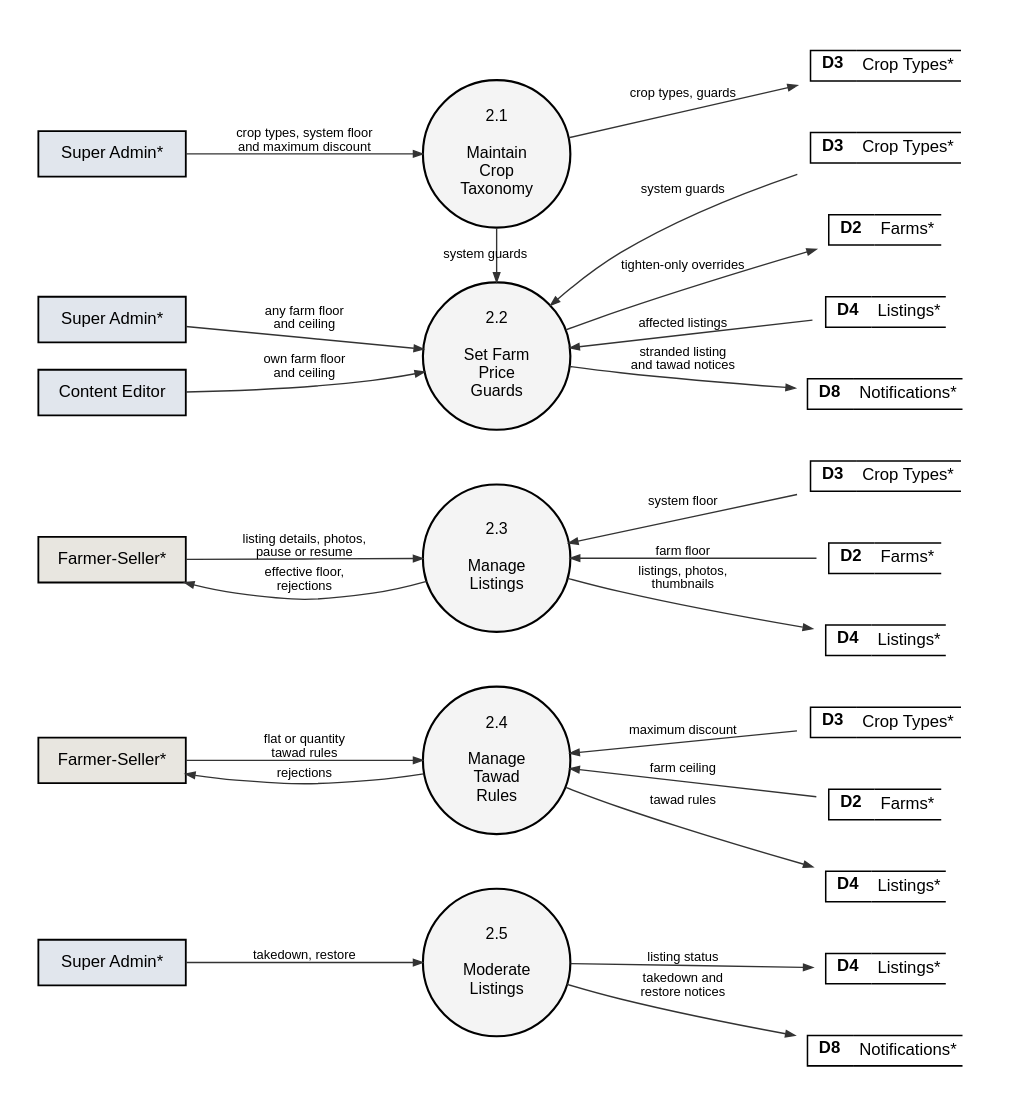
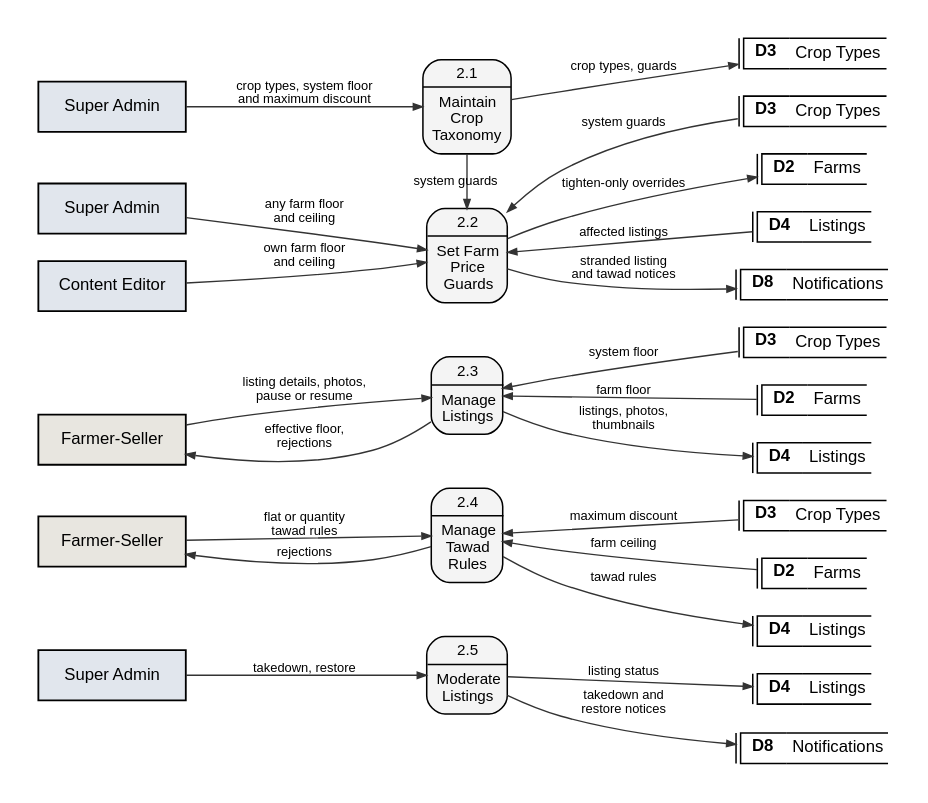
One commit to shawncastaneda11-commits/anihow-backend changed the diagram in docs/manuscript/figures/src/fig6_2_2_dfd_level2.dot. Above: the diagram before and after it, drawn with Graphviz. The commit also changed 39 other files, not shown here.

```diff
--- a/docs/manuscript/figures/src/fig6_2_2_dfd_level2.dot
+++ b/docs/manuscript/figures/src/fig6_2_2_dfd_level2.dot
@@ -1,59 +1,59 @@
 // Data flow diagram, level 2, process 2.0 Manage Catalog and Pricing.
 digraph G {
   graph [rankdir=LR, nodesep=0.25, ranksep=0.9, pad=0.25, fontname="Liberation Sans", newrank=true];
   node  [fontname="Liberation Sans", fontsize=11];
   edge  [penwidth=0.9, arrowsize=0.6, color="#333333", fontname="Liberation Sans", fontsize=8.5];
-  q2a [shape=circle, style=filled, fillcolor="#F4F4F4", penwidth=1.4, fixedsize=true, width=1.35, fontsize=10.5, label="2.1\n\nMaintain\nCrop\nTaxonomy"];
-  sa_q2a [shape=box, style=filled, fillcolor="#E1E6ED", penwidth=1.2, width=1.35, height=0.42, label="Super Admin*"];
-  D3_q2a [shape=plaintext, label=<<TABLE BORDER="0" CELLBORDER="1" CELLSPACING="0" CELLPADDING="3"><TR><TD SIDES="TBL" WIDTH="30"><B>D3</B></TD><TD SIDES="TB" ALIGN="LEFT">Crop Types*</TD></TR></TABLE>>];
-  q2b [shape=circle, style=filled, fillcolor="#F4F4F4", penwidth=1.4, fixedsize=true, width=1.35, fontsize=10.5, label="2.2\n\nSet Farm\nPrice\nGuards"];
-  sa_q2b [shape=box, style=filled, fillcolor="#E1E6ED", penwidth=1.2, width=1.35, height=0.42, label="Super Admin*"];
-  D3_q2b [shape=plaintext, label=<<TABLE BORDER="0" CELLBORDER="1" CELLSPACING="0" CELLPADDING="3"><TR><TD SIDES="TBL" WIDTH="30"><B>D3</B></TD><TD SIDES="TB" ALIGN="LEFT">Crop Types*</TD></TR></TABLE>>];
-  ce_q2b [shape=box, style=filled, fillcolor="#E1E6ED", penwidth=1.2, width=1.35, height=0.42, label="Content Editor"];
-  D2_q2b [shape=plaintext, label=<<TABLE BORDER="0" CELLBORDER="1" CELLSPACING="0" CELLPADDING="3"><TR><TD SIDES="TBL" WIDTH="30"><B>D2</B></TD><TD SIDES="TB" ALIGN="LEFT">Farms*</TD></TR></TABLE>>];
-  D4_q2b [shape=plaintext, label=<<TABLE BORDER="0" CELLBORDER="1" CELLSPACING="0" CELLPADDING="3"><TR><TD SIDES="TBL" WIDTH="30"><B>D4</B></TD><TD SIDES="TB" ALIGN="LEFT">Listings*</TD></TR></TABLE>>];
-  D8_q2b [shape=plaintext, label=<<TABLE BORDER="0" CELLBORDER="1" CELLSPACING="0" CELLPADDING="3"><TR><TD SIDES="TBL" WIDTH="30"><B>D8</B></TD><TD SIDES="TB" ALIGN="LEFT">Notifications*</TD></TR></TABLE>>];
-  q2c [shape=circle, style=filled, fillcolor="#F4F4F4", penwidth=1.4, fixedsize=true, width=1.35, fontsize=10.5, label="2.3\n\nManage\nListings"];
-  D3_q2c [shape=plaintext, label=<<TABLE BORDER="0" CELLBORDER="1" CELLSPACING="0" CELLPADDING="3"><TR><TD SIDES="TBL" WIDTH="30"><B>D3</B></TD><TD SIDES="TB" ALIGN="LEFT">Crop Types*</TD></TR></TABLE>>];
-  D2_q2c [shape=plaintext, label=<<TABLE BORDER="0" CELLBORDER="1" CELLSPACING="0" CELLPADDING="3"><TR><TD SIDES="TBL" WIDTH="30"><B>D2</B></TD><TD SIDES="TB" ALIGN="LEFT">Farms*</TD></TR></TABLE>>];
-  D4_q2c [shape=plaintext, label=<<TABLE BORDER="0" CELLBORDER="1" CELLSPACING="0" CELLPADDING="3"><TR><TD SIDES="TBL" WIDTH="30"><B>D4</B></TD><TD SIDES="TB" ALIGN="LEFT">Listings*</TD></TR></TABLE>>];
-  fs_q2c [shape=box, style=filled, fillcolor="#E8E6E0", penwidth=1.2, width=1.35, height=0.42, label="Farmer-Seller*"];
-  q2d [shape=circle, style=filled, fillcolor="#F4F4F4", penwidth=1.4, fixedsize=true, width=1.35, fontsize=10.5, label="2.4\n\nManage\nTawad\nRules"];
-  D3_q2d [shape=plaintext, label=<<TABLE BORDER="0" CELLBORDER="1" CELLSPACING="0" CELLPADDING="3"><TR><TD SIDES="TBL" WIDTH="30"><B>D3</B></TD><TD SIDES="TB" ALIGN="LEFT">Crop Types*</TD></TR></TABLE>>];
-  D2_q2d [shape=plaintext, label=<<TABLE BORDER="0" CELLBORDER="1" CELLSPACING="0" CELLPADDING="3"><TR><TD SIDES="TBL" WIDTH="30"><B>D2</B></TD><TD SIDES="TB" ALIGN="LEFT">Farms*</TD></TR></TABLE>>];
-  D4_q2d [shape=plaintext, label=<<TABLE BORDER="0" CELLBORDER="1" CELLSPACING="0" CELLPADDING="3"><TR><TD SIDES="TBL" WIDTH="30"><B>D4</B></TD><TD SIDES="TB" ALIGN="LEFT">Listings*</TD></TR></TABLE>>];
-  fs_q2d [shape=box, style=filled, fillcolor="#E8E6E0", penwidth=1.2, width=1.35, height=0.42, label="Farmer-Seller*"];
-  q2e [shape=circle, style=filled, fillcolor="#F4F4F4", penwidth=1.4, fixedsize=true, width=1.35, fontsize=10.5, label="2.5\n\nModerate\nListings"];
-  sa_q2e [shape=box, style=filled, fillcolor="#E1E6ED", penwidth=1.2, width=1.35, height=0.42, label="Super Admin*"];
-  D4_q2e [shape=plaintext, label=<<TABLE BORDER="0" CELLBORDER="1" CELLSPACING="0" CELLPADDING="3"><TR><TD SIDES="TBL" WIDTH="30"><B>D4</B></TD><TD SIDES="TB" ALIGN="LEFT">Listings*</TD></TR></TABLE>>];
-  D8_q2e [shape=plaintext, label=<<TABLE BORDER="0" CELLBORDER="1" CELLSPACING="0" CELLPADDING="3"><TR><TD SIDES="TBL" WIDTH="30"><B>D8</B></TD><TD SIDES="TB" ALIGN="LEFT">Notifications*</TD></TR></TABLE>>];
+  q2a [shape=plaintext, margin=0, width=0, height=0, label=<<TABLE STYLE="ROUNDED" BORDER="1" CELLBORDER="0" CELLSPACING="0" CELLPADDING="3" BGCOLOR="#F4F4F4"><TR><TD><FONT POINT-SIZE="10.5">2.1</FONT></TD></TR><HR/><TR><TD CELLPADDING="5"><FONT POINT-SIZE="10.5">Maintain<BR/>Crop<BR/>Taxonomy</FONT></TD></TR></TABLE>>];
+  sa_q2a [shape=box, style=filled, fillcolor="#E1E6ED", penwidth=1.2, width=1.35, height=0.46, label="Super Admin", comment="gsdup"];
+  D3_q2a [shape=plaintext, margin=0, width=0, height=0, label=<<TABLE BORDER="0" CELLBORDER="1" CELLSPACING="0" CELLPADDING="3"><TR><TD SIDES="L" WIDTH="3" CELLPADDING="0"></TD><TD SIDES="TBL" WIDTH="30"><B>D3</B></TD><TD SIDES="TB" ALIGN="LEFT">Crop Types</TD></TR></TABLE>>];
+  q2b [shape=plaintext, margin=0, width=0, height=0, label=<<TABLE STYLE="ROUNDED" BORDER="1" CELLBORDER="0" CELLSPACING="0" CELLPADDING="3" BGCOLOR="#F4F4F4"><TR><TD><FONT POINT-SIZE="10.5">2.2</FONT></TD></TR><HR/><TR><TD CELLPADDING="5"><FONT POINT-SIZE="10.5">Set Farm<BR/>Price<BR/>Guards</FONT></TD></TR></TABLE>>];
+  sa_q2b [shape=box, style=filled, fillcolor="#E1E6ED", penwidth=1.2, width=1.35, height=0.46, label="Super Admin", comment="gsdup"];
+  D3_q2b [shape=plaintext, margin=0, width=0, height=0, label=<<TABLE BORDER="0" CELLBORDER="1" CELLSPACING="0" CELLPADDING="3"><TR><TD SIDES="L" WIDTH="3" CELLPADDING="0"></TD><TD SIDES="TBL" WIDTH="30"><B>D3</B></TD><TD SIDES="TB" ALIGN="LEFT">Crop Types</TD></TR></TABLE>>];
+  ce_q2b [shape=box, style=filled, fillcolor="#E1E6ED", penwidth=1.2, width=1.35, height=0.46, label="Content Editor"];
+  D2_q2b [shape=plaintext, margin=0, width=0, height=0, label=<<TABLE BORDER="0" CELLBORDER="1" CELLSPACING="0" CELLPADDING="3"><TR><TD SIDES="L" WIDTH="3" CELLPADDING="0"></TD><TD SIDES="TBL" WIDTH="30"><B>D2</B></TD><TD SIDES="TB" ALIGN="LEFT">Farms</TD></TR></TABLE>>];
+  D4_q2b [shape=plaintext, margin=0, width=0, height=0, label=<<TABLE BORDER="0" CELLBORDER="1" CELLSPACING="0" CELLPADDING="3"><TR><TD SIDES="L" WIDTH="3" CELLPADDING="0"></TD><TD SIDES="TBL" WIDTH="30"><B>D4</B></TD><TD SIDES="TB" ALIGN="LEFT">Listings</TD></TR></TABLE>>];
+  D8_q2b [shape=plaintext, margin=0, width=0, height=0, label=<<TABLE BORDER="0" CELLBORDER="1" CELLSPACING="0" CELLPADDING="3"><TR><TD SIDES="L" WIDTH="3" CELLPADDING="0"></TD><TD SIDES="TBL" WIDTH="30"><B>D8</B></TD><TD SIDES="TB" ALIGN="LEFT">Notifications</TD></TR></TABLE>>];
+  q2c [shape=plaintext, margin=0, width=0, height=0, label=<<TABLE STYLE="ROUNDED" BORDER="1" CELLBORDER="0" CELLSPACING="0" CELLPADDING="3" BGCOLOR="#F4F4F4"><TR><TD><FONT POINT-SIZE="10.5">2.3</FONT></TD></TR><HR/><TR><TD CELLPADDING="5"><FONT POINT-SIZE="10.5">Manage<BR/>Listings</FONT></TD></TR></TABLE>>];
+  D3_q2c [shape=plaintext, margin=0, width=0, height=0, label=<<TABLE BORDER="0" CELLBORDER="1" CELLSPACING="0" CELLPADDING="3"><TR><TD SIDES="L" WIDTH="3" CELLPADDING="0"></TD><TD SIDES="TBL" WIDTH="30"><B>D3</B></TD><TD SIDES="TB" ALIGN="LEFT">Crop Types</TD></TR></TABLE>>];
+  D2_q2c [shape=plaintext, margin=0, width=0, height=0, label=<<TABLE BORDER="0" CELLBORDER="1" CELLSPACING="0" CELLPADDING="3"><TR><TD SIDES="L" WIDTH="3" CELLPADDING="0"></TD><TD SIDES="TBL" WIDTH="30"><B>D2</B></TD><TD SIDES="TB" ALIGN="LEFT">Farms</TD></TR></TABLE>>];
+  D4_q2c [shape=plaintext, margin=0, width=0, height=0, label=<<TABLE BORDER="0" CELLBORDER="1" CELLSPACING="0" CELLPADDING="3"><TR><TD SIDES="L" WIDTH="3" CELLPADDING="0"></TD><TD SIDES="TBL" WIDTH="30"><B>D4</B></TD><TD SIDES="TB" ALIGN="LEFT">Listings</TD></TR></TABLE>>];
+  fs_q2c [shape=box, style=filled, fillcolor="#E8E6E0", penwidth=1.2, width=1.35, height=0.46, label="Farmer-Seller", comment="gsdup"];
+  q2d [shape=plaintext, margin=0, width=0, height=0, label=<<TABLE STYLE="ROUNDED" BORDER="1" CELLBORDER="0" CELLSPACING="0" CELLPADDING="3" BGCOLOR="#F4F4F4"><TR><TD><FONT POINT-SIZE="10.5">2.4</FONT></TD></TR><HR/><TR><TD CELLPADDING="5"><FONT POINT-SIZE="10.5">Manage<BR/>Tawad<BR/>Rules</FONT></TD></TR></TABLE>>];
+  D3_q2d [shape=plaintext, margin=0, width=0, height=0, label=<<TABLE BORDER="0" CELLBORDER="1" CELLSPACING="0" CELLPADDING="3"><TR><TD SIDES="L" WIDTH="3" CELLPADDING="0"></TD><TD SIDES="TBL" WIDTH="30"><B>D3</B></TD><TD SIDES="TB" ALIGN="LEFT">Crop Types</TD></TR></TABLE>>];
+  D2_q2d [shape=plaintext, margin=0, width=0, height=0, label=<<TABLE BORDER="0" CELLBORDER="1" CELLSPACING="0" CELLPADDING="3"><TR><TD SIDES="L" WIDTH="3" CELLPADDING="0"></TD><TD SIDES="TBL" WIDTH="30"><B>D2</B></TD><TD SIDES="TB" ALIGN="LEFT">Farms</TD></TR></TABLE>>];
+  D4_q2d [shape=plaintext, margin=0, width=0, height=0, label=<<TABLE BORDER="0" CELLBORDER="1" CELLSPACING="0" CELLPADDING="3"><TR><TD SIDES="L" WIDTH="3" CELLPADDING="0"></TD><TD SIDES="TBL" WIDTH="30"><B>D4</B></TD><TD SIDES="TB" ALIGN="LEFT">Listings</TD></TR></TABLE>>];
+  fs_q2d [shape=box, style=filled, fillcolor="#E8E6E0", penwidth=1.2, width=1.35, height=0.46, label="Farmer-Seller", comment="gsdup"];
+  q2e [shape=plaintext, margin=0, width=0, height=0, label=<<TABLE STYLE="ROUNDED" BORDER="1" CELLBORDER="0" CELLSPACING="0" CELLPADDING="3" BGCOLOR="#F4F4F4"><TR><TD><FONT POINT-SIZE="10.5">2.5</FONT></TD></TR><HR/><TR><TD CELLPADDING="5"><FONT POINT-SIZE="10.5">Moderate<BR/>Listings</FONT></TD></TR></TABLE>>];
+  sa_q2e [shape=box, style=filled, fillcolor="#E1E6ED", penwidth=1.2, width=1.35, height=0.46, label="Super Admin", comment="gsdup"];
+  D4_q2e [shape=plaintext, margin=0, width=0, height=0, label=<<TABLE BORDER="0" CELLBORDER="1" CELLSPACING="0" CELLPADDING="3"><TR><TD SIDES="L" WIDTH="3" CELLPADDING="0"></TD><TD SIDES="TBL" WIDTH="30"><B>D4</B></TD><TD SIDES="TB" ALIGN="LEFT">Listings</TD></TR></TABLE>>];
+  D8_q2e [shape=plaintext, margin=0, width=0, height=0, label=<<TABLE BORDER="0" CELLBORDER="1" CELLSPACING="0" CELLPADDING="3"><TR><TD SIDES="L" WIDTH="3" CELLPADDING="0"></TD><TD SIDES="TBL" WIDTH="30"><B>D8</B></TD><TD SIDES="TB" ALIGN="LEFT">Notifications</TD></TR></TABLE>>];
   sa_q2a -> q2a [label="crop types, system floor\nand maximum discount"];
   q2a -> D3_q2a [label="crop types, guards"];
   q2a -> q2b [label="system guards", constraint=false];
   ce_q2b -> q2b [label="own farm floor\nand ceiling"];
   sa_q2b -> q2b [label="any farm floor\nand ceiling"];
   q2b -> D3_q2b [label="system guards", dir=back];
   q2b -> D2_q2b [label="tighten-only overrides"];
   q2b -> D4_q2b [label="affected listings", dir=back];
   q2b -> D8_q2b [label="stranded listing\nand tawad notices"];
   fs_q2c -> q2c [label="listing details, photos,\npause or resume"];
   q2c -> D3_q2c [label="system floor", dir=back];
   q2c -> D2_q2c [label="farm floor", dir=back];
   q2c -> D4_q2c [label="listings, photos,\nthumbnails"];
   fs_q2c -> q2c [label="effective floor,\nrejections", dir=back];
   fs_q2d -> q2d [label="flat or quantity\ntawad rules"];
   q2d -> D3_q2d [label="maximum discount", dir=back];
   q2d -> D2_q2d [label="farm ceiling", dir=back];
   q2d -> D4_q2d [label="tawad rules"];
   fs_q2d -> q2d [label="rejections", dir=back];
   sa_q2e -> q2e [label="takedown, restore"];
   q2e -> D4_q2e [label="listing status"];
   q2e -> D8_q2e [label="takedown and\nrestore notices"];
   {rank=same; sa_q2a; ce_q2b; sa_q2b; fs_q2c; fs_q2d; sa_q2e}
   {rank=same; D3_q2a; D3_q2b; D2_q2b; D4_q2b; D8_q2b; D3_q2c; D2_q2c; D4_q2c; D3_q2d; D2_q2d; D4_q2d; D4_q2e; D8_q2e}
   {rank=same; q2a; q2b; q2c; q2d; q2e}
   q2a -> q2b [style=invis, weight=10];
   q2b -> q2c [style=invis, weight=10];
   q2c -> q2d [style=invis, weight=10];
   q2d -> q2e [style=invis, weight=10];
 }
```
